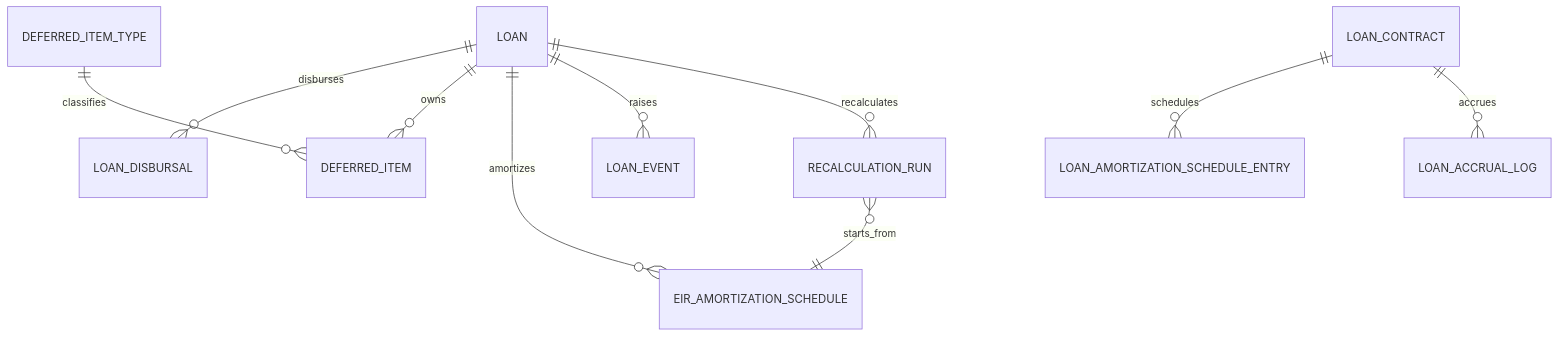
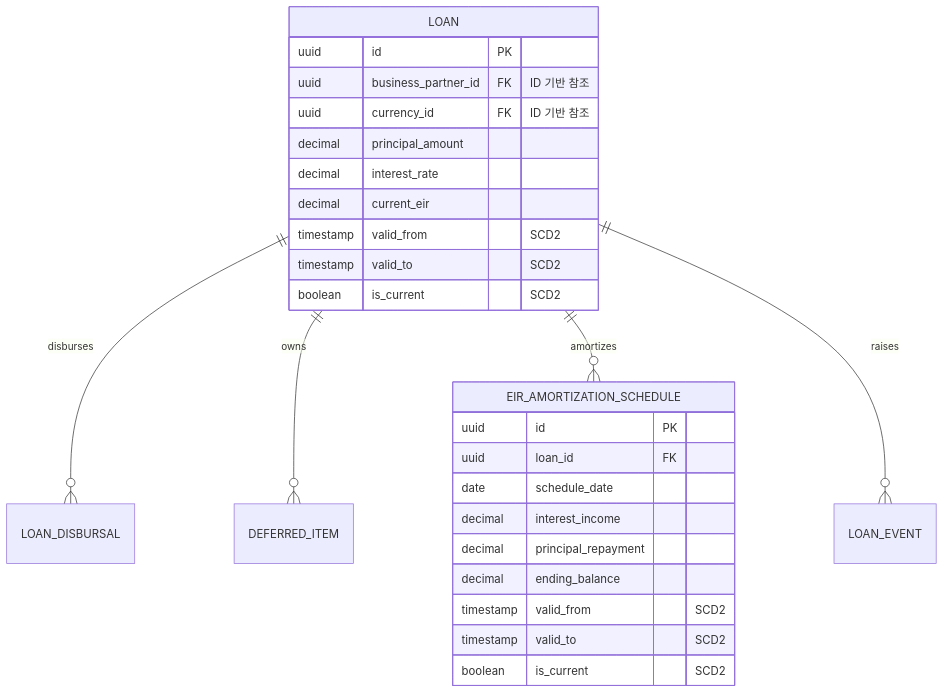
One commit to skyg547/account changed the diagram in loan/docs/schema.md. Above: the diagram before and after it, drawn with Mermaid. The commit also changed other lines of this file and 94 other files, not shown here.

````diff
--- a/loan/docs/schema.md
+++ b/loan/docs/schema.md
@@ -5,12 +5,31 @@
 ```mermaid
 erDiagram
     LOAN ||--o{ LOAN_DISBURSAL : disburses
     LOAN ||--o{ DEFERRED_ITEM : owns
-    DEFERRED_ITEM_TYPE ||--o{ DEFERRED_ITEM : classifies
     LOAN ||--o{ EIR_AMORTIZATION_SCHEDULE : amortizes
     LOAN ||--o{ LOAN_EVENT : raises
-    LOAN ||--o{ RECALCULATION_RUN : recalculates
-    RECALCULATION_RUN }o--|| EIR_AMORTIZATION_SCHEDULE : starts_from
-    LOAN_CONTRACT ||--o{ LOAN_AMORTIZATION_SCHEDULE_ENTRY : schedules
-    LOAN_CONTRACT ||--o{ LOAN_ACCRUAL_LOG : accrues
+    
+    LOAN {
+        uuid id PK
+        uuid business_partner_id FK "ID 기반 참조"
+        uuid currency_id FK "ID 기반 참조"
+        decimal principal_amount
+        decimal interest_rate
+        decimal current_eir
+        timestamp valid_from "SCD2"
+        timestamp valid_to "SCD2"
+        boolean is_current "SCD2"
+    }
+
+    EIR_AMORTIZATION_SCHEDULE {
+        uuid id PK
+        uuid loan_id FK
+        date schedule_date
+        decimal interest_income
+        decimal principal_repayment
+        decimal ending_balance
+        timestamp valid_from "SCD2"
+        timestamp valid_to "SCD2"
+        boolean is_current "SCD2"
+    }
 ```
````
